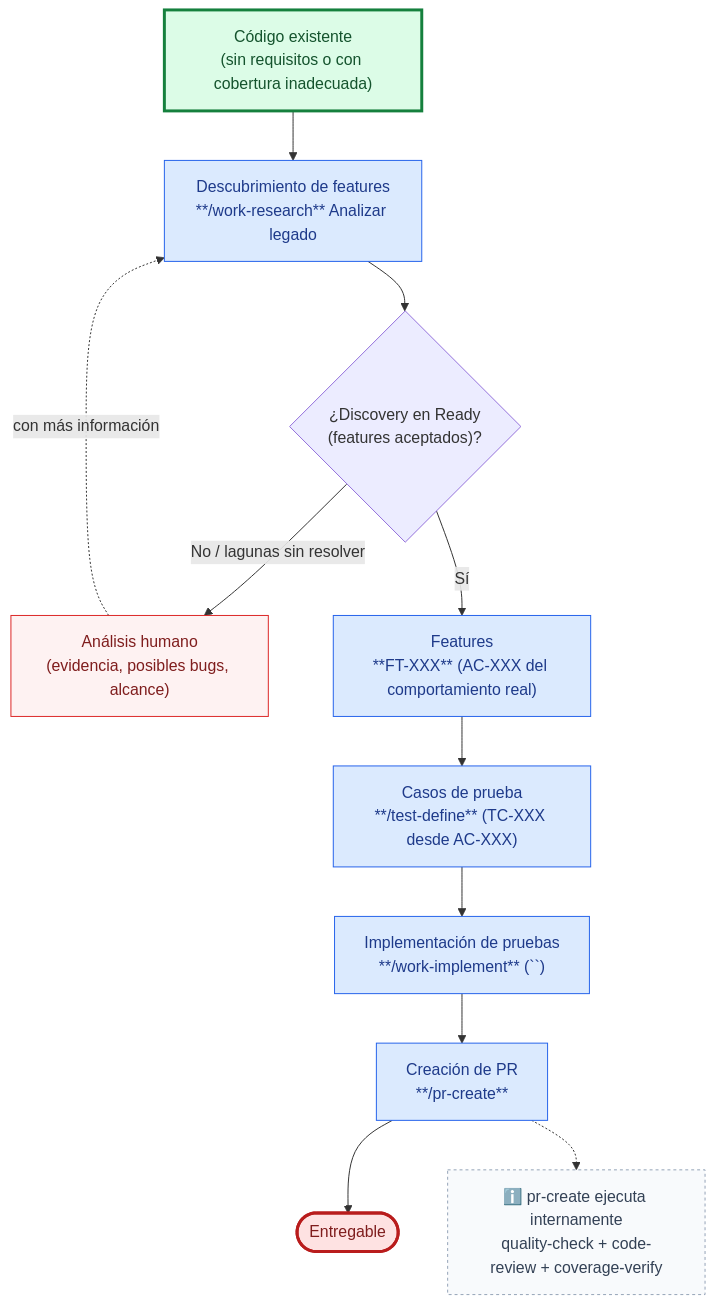
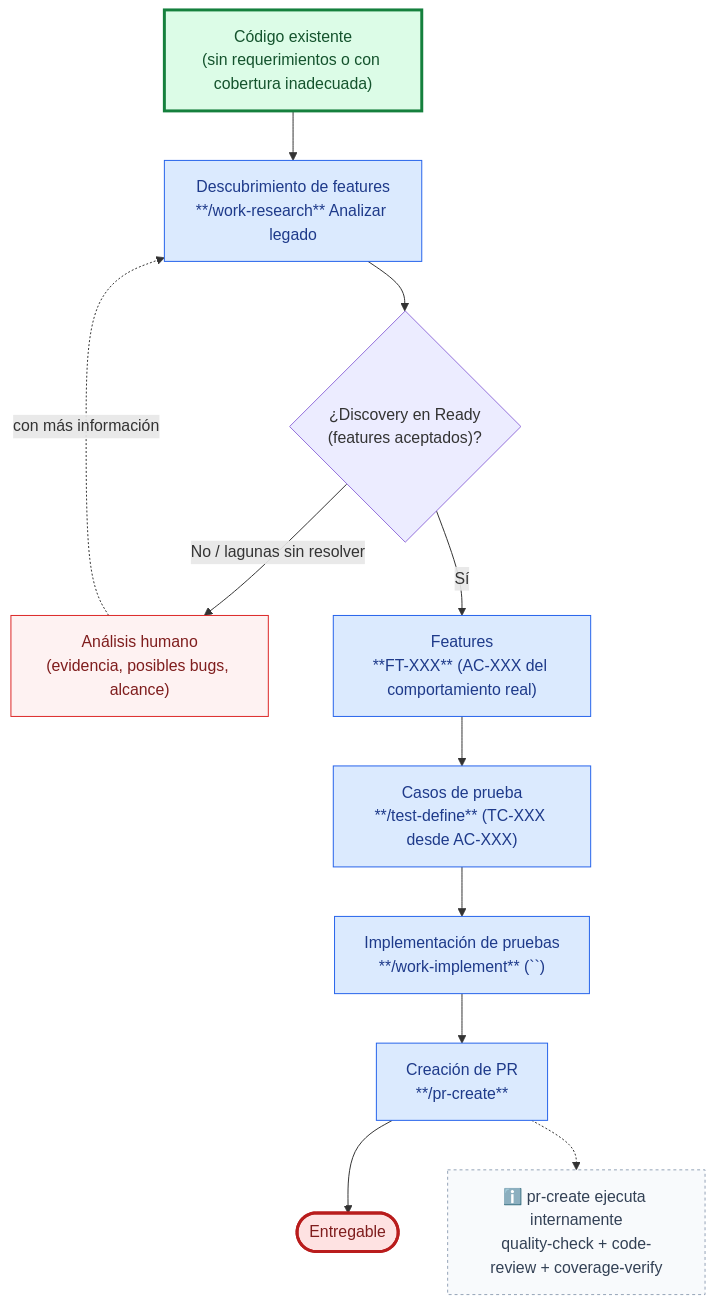
One commit to juanca202/sdd-devkit changed the diagram in docs/use-cases/test-coverage-legacy-code.md. Above: the diagram before and after it, drawn with Mermaid. The commit also changed other lines of this file and 53 other files, not shown here.

````diff
--- a/docs/use-cases/test-coverage-legacy-code.md
+++ b/docs/use-cases/test-coverage-legacy-code.md
@@ -5,25 +5,25 @@
 ```mermaid
 flowchart TD
-    A["Código existente<br/>(sin requisitos o con cobertura inadecuada)"] --> B["Descubrimiento de features<br/>**/work-research** Analizar legado"]
+    A["Código existente<br/>(sin requerimientos o con cobertura inadecuada)"] --> B["Descubrimiento de features<br/>**/work-research** Analizar legado"]
     B --> C{"¿Discovery en Ready<br/>(features aceptados)?"}
     C -->|"No / lagunas sin resolver"| H["Análisis humano<br/>(evidencia, posibles bugs, alcance)"]
     H -.->|"con más información"| B
     C -->|"Sí"| D["Features<br/>**FT-XXX** (AC-XXX del comportamiento real)"]
     D --> E["Casos de prueba<br/>**/test-define** (TC-XXX desde AC-XXX)"]
     E --> G["Implementación de pruebas<br/>**/work-implement** (`<currentPath>`)"]
     G --> I["Creación de PR<br/>**/pr-create**"]
     I --> J(["Entregable"])
     NOTE["ℹ️ pr-create ejecuta internamente<br/>quality-check + code-review + coverage-verify"]
     I -.-> NOTE
 
     classDef main fill:#dbeafe,stroke:#2563eb,color:#1e3a8a
     classDef human fill:#fef2f2,stroke:#dc2626,color:#7f1d1d
     classDef entryPoint fill:#dcfce7,stroke:#15803d,stroke-width:3px,color:#14532d
     classDef exitPoint fill:#fee2e2,stroke:#b91c1c,stroke-width:3px,color:#7f1d1d
     classDef note fill:#f8fafc,stroke:#94a3b8,stroke-width:1px,stroke-dasharray:3 3,color:#334155
     class B,D,E,G,I main
     class H human
     class A entryPoint
     class J exitPoint
     class NOTE note
 ```
````
